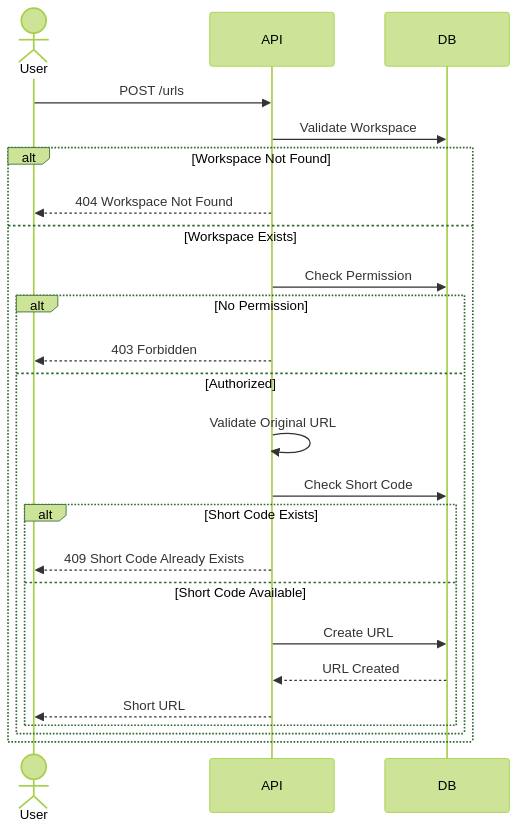
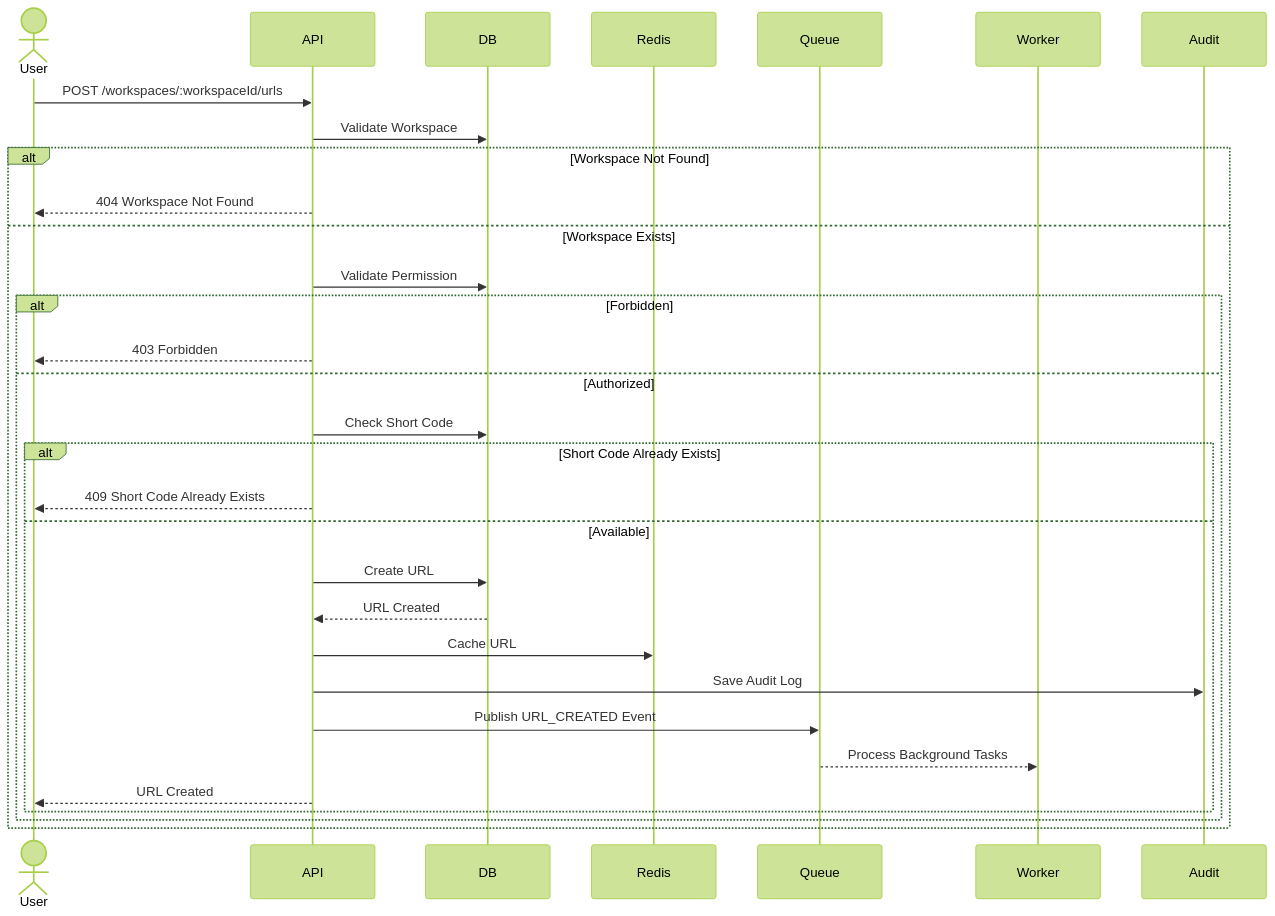
The first of 8 diagrams in docs/architecture/url/URL-Sequence.md (datnguyxn/LinkFlow), drawn with Mermaid (forest theme) before and after one commit. The commit also changed other lines of this file and 53 other files, not shown here.

````diff
--- a/docs/architecture/url/URL-Sequence.md
+++ b/docs/architecture/url/URL-Sequence.md
@@ -19,44 +23,58 @@
 ```mermaid
 sequenceDiagram
 
     actor User
+
     participant API
     participant DB
+    participant Redis
+    participant Queue
+    participant Worker
+    participant Audit
 
-    User->>API: POST /urls
+    User->>API: POST /workspaces/:workspaceId/urls
 
     API->>DB: Validate Workspace
 
     alt Workspace Not Found
+
         API-->>User: 404 Workspace Not Found
 
     else Workspace Exists
 
-        API->>DB: Check Permission
+        API->>DB: Validate Permission
 
-        alt No Permission
+        alt Forbidden
+
             API-->>User: 403 Forbidden
 
         else Authorized
 
-            API->>API: Validate Original URL
-
             API->>DB: Check Short Code
 
-            alt Short Code Exists
+            alt Short Code Already Exists
+
                 API-->>User: 409 Short Code Already Exists
 
-            else Short Code Available
+            else Available
 
                 API->>DB: Create URL
 
                 DB-->>API: URL Created
 
-                API-->>User: Short URL
+                API->>Redis: Cache URL
+
+                API->>Audit: Save Audit Log
+
+                API->>Queue: Publish URL_CREATED Event
+
+                Queue-->>Worker: Process Background Tasks
+
+                API-->>User: URL Created
 
             end
 
         end
 
     end
 ```
````
